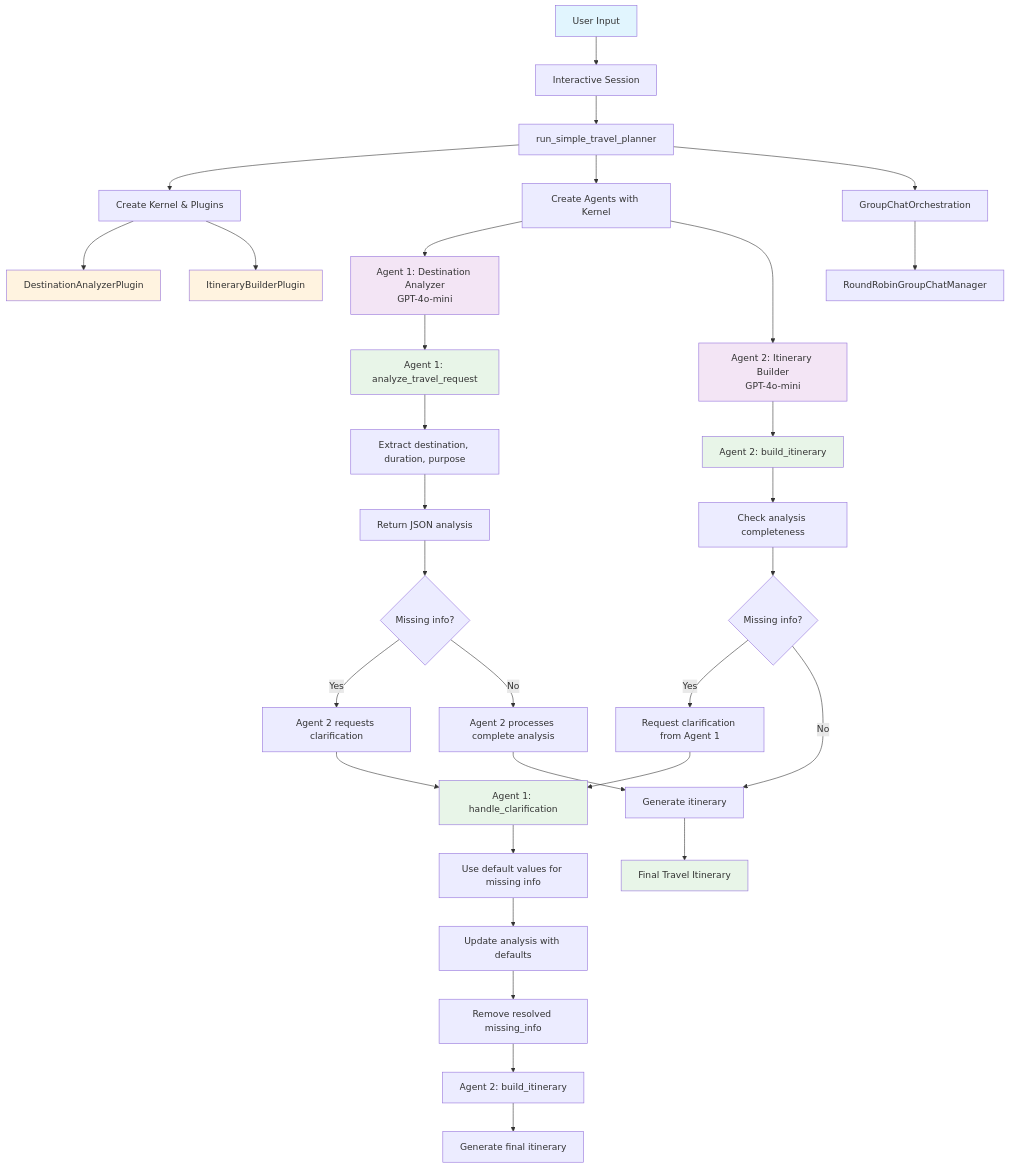
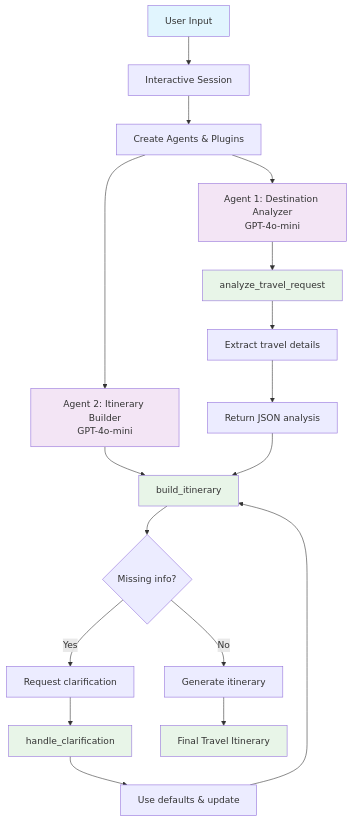
Before and after one commit to iamask/multi-agent-travel-planner: the first of 2 diagrams in README.md, drawn with Mermaid.

````diff
--- a/README.md
+++ b/README.md
@@ -45,51 +45,32 @@
 ```mermaid
 flowchart TD
     A[User Input] --> B[Interactive Session]
-    B --> C[run_simple_travel_planner]
-    C --> D[Create Kernel & Plugins]
-    D --> E[DestinationAnalyzerPlugin]
-    D --> F[ItineraryBuilderPlugin]
-    C --> G[Create Agents with Kernel]
-    G --> H[Agent 1: Destination Analyzer<br/>GPT-4o-mini]
-    G --> I[Agent 2: Itinerary Builder<br/>GPT-4o-mini]
-    C --> J[GroupChatOrchestration]
-    J --> K[RoundRobinGroupChatManager]
+    B --> C[Create Agents & Plugins]
+    C --> D[Agent 1: Destination Analyzer<br/>GPT-4o-mini]
+    C --> E[Agent 2: Itinerary Builder<br/>GPT-4o-mini]
 
-    %% Agent 1 Components
-    H --> L[Agent 1: analyze_travel_request]
-    L --> M[Extract destination, duration, purpose]
-    M --> N[Return JSON analysis]
-    N --> O{Missing info?}
-    O -->|Yes| P[Agent 2 requests clarification]
-    O -->|No| Q[Agent 2 processes complete analysis]
+    D --> F[analyze_travel_request]
+    F --> G[Extract travel details]
+    G --> H[Return JSON analysis]
 
-    %% Agent 2 Components
-    I --> R[Agent 2: build_itinerary]
-    R --> S[Check analysis completeness]
-    S --> T{Missing info?}
-    T -->|Yes| U[Request clarification from Agent 1]
-    T -->|No| V[Generate itinerary]
+    E --> I[build_itinerary]
+    I --> J{Missing info?}
+    J -->|Yes| K[Request clarification]
+    J -->|No| L[Generate itinerary]
 
-    %% Feedback Loop
-    P --> W[Agent 1: handle_clarification]
-    U --> W
-    W --> X[Use default values for missing info]
-    X --> Y[Update analysis with defaults]
-    Y --> Z[Remove resolved missing_info]
-    Z --> AA[Agent 2: build_itinerary]
-    AA --> BB[Generate final itinerary]
+    K --> M[handle_clarification]
+    M --> N[Use defaults & update]
+    N --> I
 
-    Q --> V
-    V --> CC[Final Travel Itinerary]
+    H --> I
+    L --> O[Final Travel Itinerary]
 
     %% Styling
     style A fill:#e1f5fe
-    style H fill:#f3e5f5
-    style I fill:#f3e5f5
-    style E fill:#fff3e0
-    style F fill:#fff3e0
-    style L fill:#e8f5e8
-    style R fill:#e8f5e8
-    style W fill:#e8f5e8
-    style CC fill:#e8f5e8
+    style D fill:#f3e5f5
+    style E fill:#f3e5f5
+    style F fill:#e8f5e8
+    style I fill:#e8f5e8
+    style M fill:#e8f5e8
+    style O fill:#e8f5e8
 ```
````
